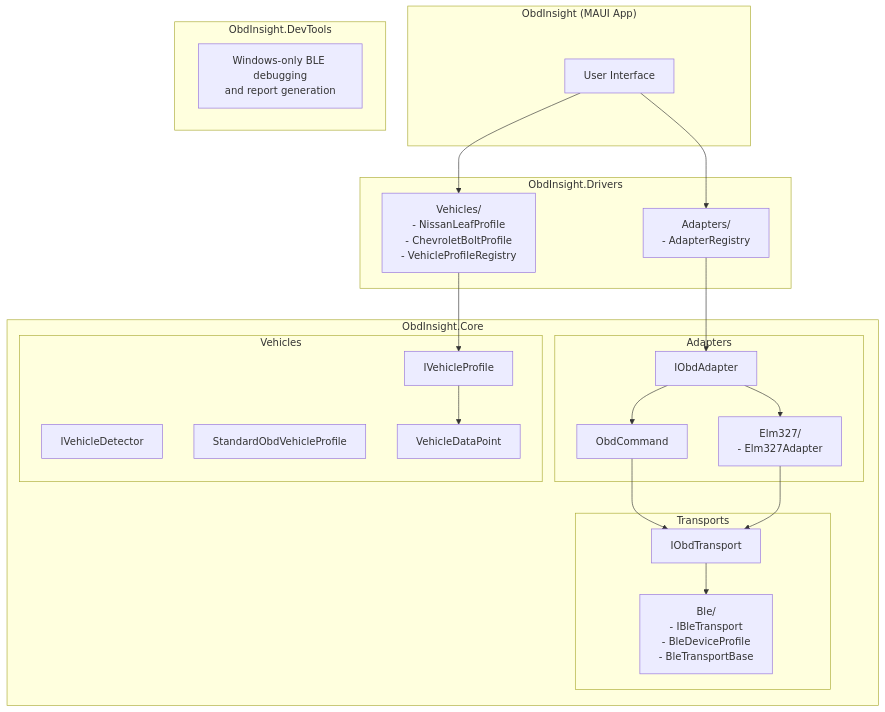
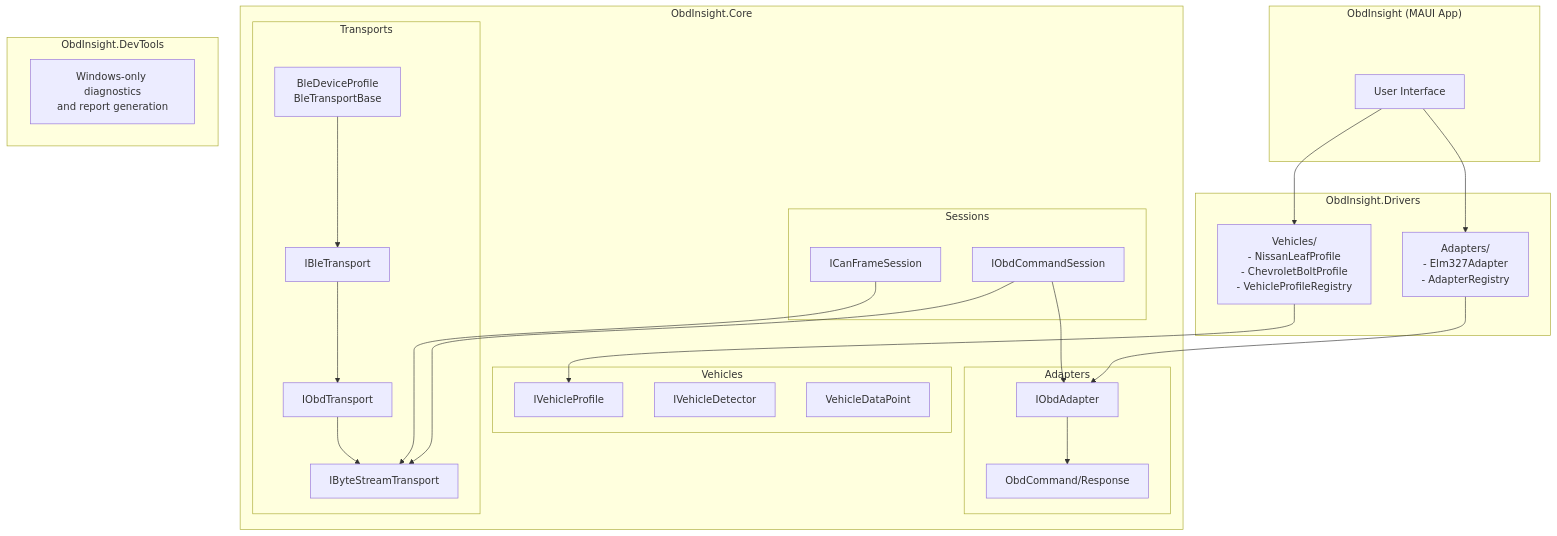
The diagram in README.md (kfrancis/ObdInsight), drawn with Mermaid before and after one commit. The commit also changed other lines of this file and 40 other files, not shown here.

````diff
--- a/README.md
+++ b/README.md
@@ -59,46 +61,52 @@
 ```mermaid
 graph TB
     subgraph "ObdInsight (MAUI App)"
         UI[User Interface]
     end
     
     subgraph "ObdInsight.Drivers"
-        AdapterReg[Adapters/<br/>- AdapterRegistry]
-        VehicleReg[Vehicles/<br/>- NissanLeafProfile<br/>- ChevroletBoltProfile<br/>- VehicleProfileRegistry]
+        AdapterImpls[Adapters/<br/>- Elm327Adapter<br/>- AdapterRegistry]
+        VehicleImpls[Vehicles/<br/>- NissanLeafProfile<br/>- ChevroletBoltProfile<br/>- VehicleProfileRegistry]
     end
     
     subgraph "ObdInsight.Core"
         subgraph Adapters
             IAdapter[IObdAdapter]
-            ObdCmd[ObdCommand]
-            Elm327[Elm327/<br/>- Elm327Adapter]
+            ObdCmd[ObdCommand/Response]
+        end
+        
+        subgraph Sessions
+            ICmdSession[IObdCommandSession]
+            ICanSession[ICanFrameSession]
         end
         
         subgraph Vehicles
             IVehicle[IVehicleProfile]
             IDetector[IVehicleDetector]
-            StdProfile[StandardObdVehicleProfile]
             VehicleData[VehicleDataPoint]
         end
         
         subgraph Transports
-            ITransport[IObdTransport]
-            IBle[Ble/<br/>- IBleTransport<br/>- BleDeviceProfile<br/>- BleTransportBase]
+            IByteStream[IByteStreamTransport]
+            IObdTrans[IObdTransport]
+            IBle[IBleTransport]
+            BleTypes[BleDeviceProfile<br/>BleTransportBase]
         end
     end
     
     subgraph "ObdInsight.DevTools"
-        DevTools[Windows-only BLE debugging<br/>and report generation]
+        DevTools[Windows-only diagnostics<br/>and report generation]
     end
     
-    UI --> AdapterReg
-    UI --> VehicleReg
-    AdapterReg --> IAdapter
-    VehicleReg --> IVehicle
+    UI --> AdapterImpls
+    UI --> VehicleImpls
+    AdapterImpls --> IAdapter
+    VehicleImpls --> IVehicle
     IAdapter --> ObdCmd
-    IAdapter --> Elm327
-    IVehicle --> VehicleData
-    ObdCmd --> ITransport
-    Elm327 --> ITransport
-    ITransport --> IBle
+    ICmdSession --> IAdapter
+    ICmdSession --> IByteStream
+    ICanSession --> IByteStream
+    IObdTrans --> IByteStream
+    IBle --> IObdTrans
+    BleTypes --> IBle
 ```
````
